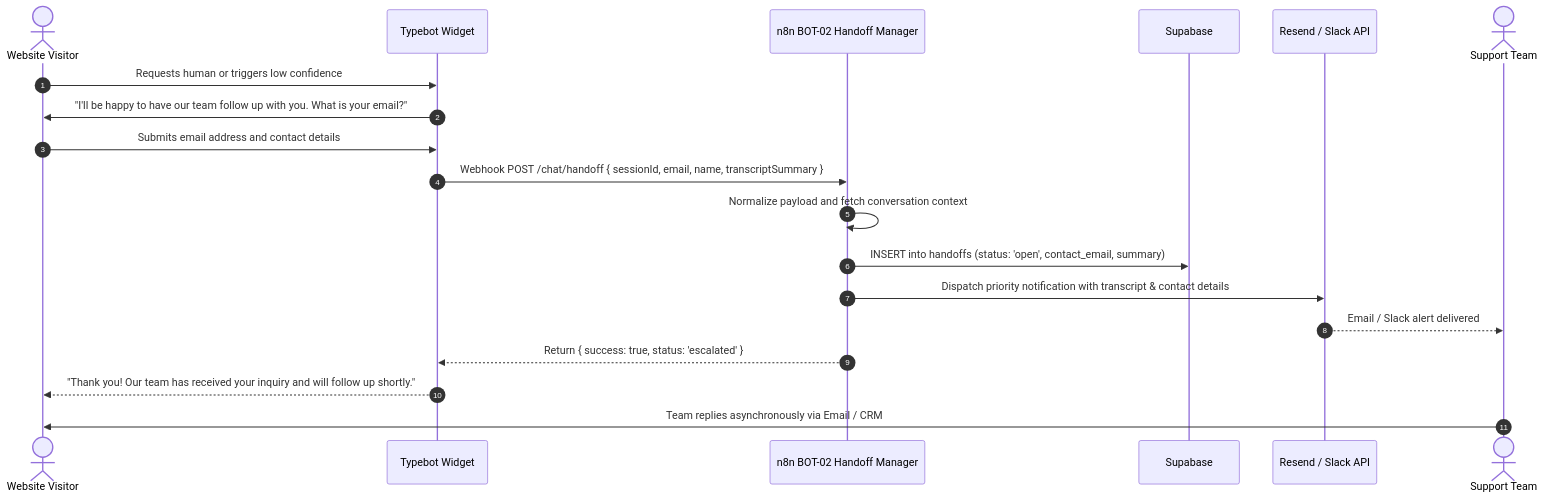
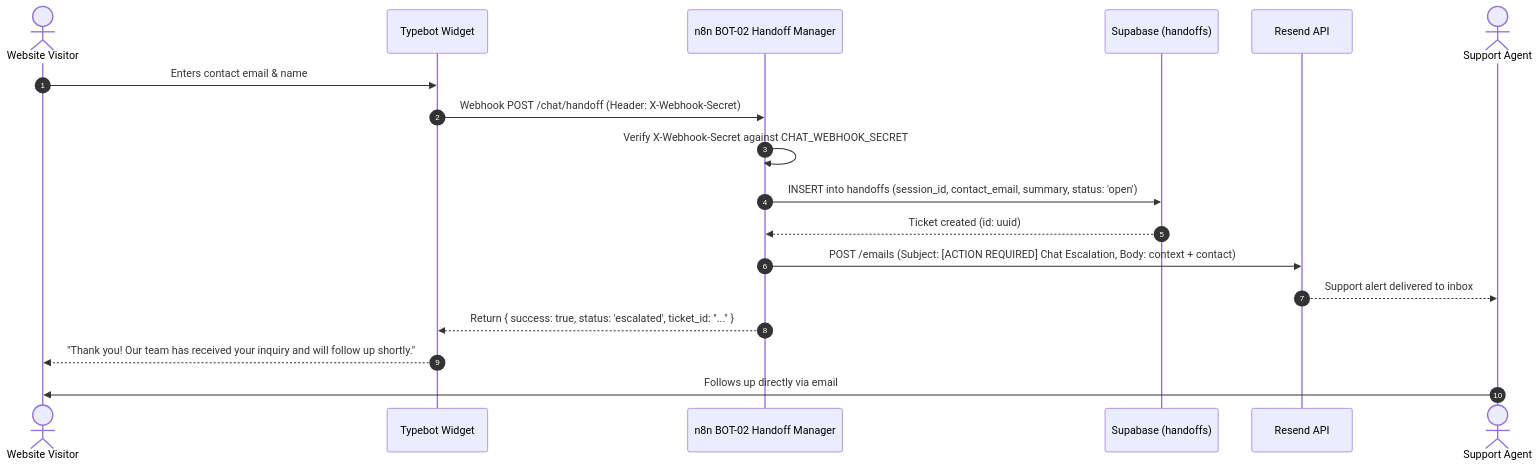
The third of 3 diagrams in architecture.md (robinsehnalik/website-chatbot), drawn with Mermaid before and after one commit. The commit also changed other lines of this file and 14 other files, not shown here.

````diff
--- a/architecture.md
+++ b/architecture.md
@@ -170,22 +136,21 @@
 ```mermaid
 sequenceDiagram
     autonumber
     actor Visitor as Website Visitor
     participant TB as Typebot Widget
     participant B2 as n8n BOT-02 Handoff Manager
-    participant Supa as Supabase
-    participant Mail as Resend / Slack API
-    actor Agent as Support Team
+    participant Supa as Supabase (handoffs)
+    participant Mail as Resend API
+    actor Agent as Support Agent
 
-    Visitor->>TB: Requests human or triggers low confidence
-    TB->>Visitor: "I'll be happy to have our team follow up with you. What is your email?"
-    Visitor->>TB: Submits email address and contact details
-    TB->>B2: Webhook POST /chat/handoff { sessionId, email, name, transcriptSummary }
-    B2->>B2: Normalize payload and fetch conversation context
-    B2->>Supa: INSERT into handoffs (status: 'open', contact_email, summary)
-    B2->>Mail: Dispatch priority notification with transcript & contact details
-    Mail-->>Agent: Email / Slack alert delivered
-    B2-->>TB: Return { success: true, status: 'escalated' }
+    Visitor->>TB: Enters contact email & name
+    TB->>B2: Webhook POST /chat/handoff (Header: X-Webhook-Secret)
+    B2->>B2: Verify X-Webhook-Secret against CHAT_WEBHOOK_SECRET
+    B2->>Supa: INSERT into handoffs (session_id, contact_email, summary, status: 'open')
+    Supa-->>B2: Ticket created (id: uuid)
+    B2->>Mail: POST /emails (Subject: [ACTION REQUIRED] Chat Escalation, Body: context + contact)
+    Mail-->>Agent: Support alert delivered to inbox
+    B2-->>TB: Return { success: true, status: 'escalated', ticket_id: "..." }
     TB-->>Visitor: "Thank you! Our team has received your inquiry and will follow up shortly."
-    Agent->>Visitor: Team replies asynchronously via Email / CRM
+    Agent->>Visitor: Follows up directly via email
 ```
````
